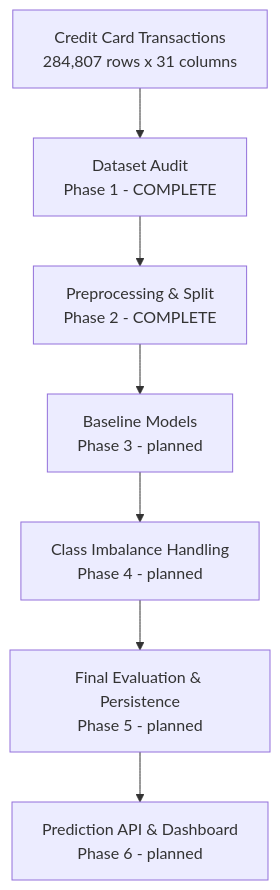
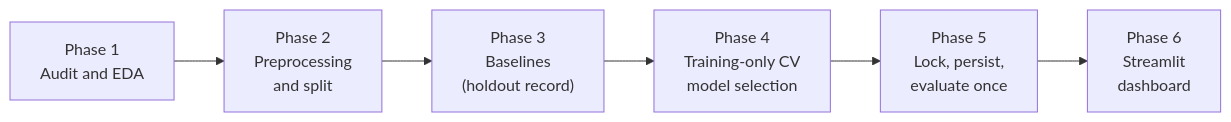
Before and after one commit to harsha282004/CODSOFT: the first of 2 diagrams in Task3_Credit_Card_Fraud_Detection/README.md, drawn with Mermaid. The commit also changed other lines of this file and 41 other files, not shown here.

Commit message:
Complete credit card fraud detection project

````diff
--- a/Task3_Credit_Card_Fraud_Detection/README.md
+++ b/Task3_Credit_Card_Fraud_Detection/README.md
@@ -69,9 +238,8 @@
 ```mermaid
-flowchart TD
-    A["Credit Card Transactions<br/>284,807 rows x 31 columns"] --> B["Dataset Audit<br/>Phase 1 - COMPLETE"]
-    B --> C["Preprocessing & Split<br/>Phase 2 - COMPLETE"]
-    C --> D["Baseline Models<br/>Phase 3 - planned"]
-    D --> E["Class Imbalance Handling<br/>Phase 4 - planned"]
-    E --> F["Final Evaluation & Persistence<br/>Phase 5 - planned"]
-    F --> G["Prediction API & Dashboard<br/>Phase 6 - planned"]
+flowchart LR
+    P1["Phase 1<br/>Audit and EDA"] --> P2["Phase 2<br/>Preprocessing<br/>and split"]
+    P2 --> P3["Phase 3<br/>Baselines<br/>(holdout record)"]
+    P3 --> P4["Phase 4<br/>Training-only CV<br/>model selection"]
+    P4 --> P5["Phase 5<br/>Lock, persist,<br/>evaluate once"]
+    P5 --> P6["Phase 6<br/>Streamlit<br/>dashboard"]
 ```
````
